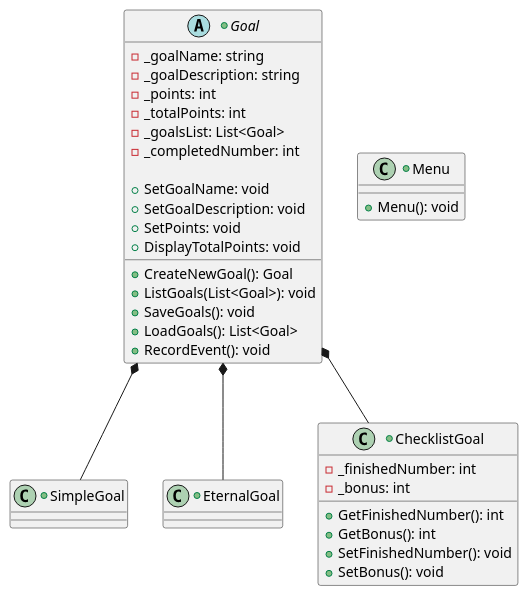
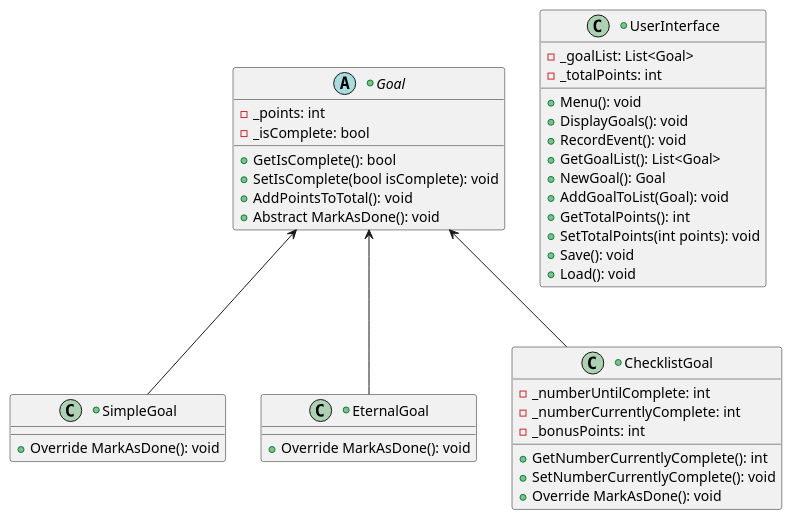
Before and after one commit to MaggieB3000/cse210-projects-2026: the diagram in prove/Develop05/plantuml.plantuml, drawn with PlantUML. The commit also changed 4 other files, not shown here.

```diff
--- a/prove/Develop05/plantuml.plantuml
+++ b/prove/Develop05/plantuml.plantuml
@@ -1,55 +1,57 @@
 @startuml
 
-Goal *-- SimpleGoal
-Goal *-- EternalGoal
-Goal *-- ChecklistGoal
+Goal <-- SimpleGoal
+Goal <-- EternalGoal
+Goal <-- ChecklistGoal
 
 
-+class Menu
++class UserInterface
 {
+-_goalList: List<Goal>
+-_totalPoints: int
+
 +Menu(): void
++DisplayGoals(): void
++RecordEvent(): void
++GetGoalList(): List<Goal>
++NewGoal(): Goal
++AddGoalToList(Goal): void
++GetTotalPoints(): int
++SetTotalPoints(int points): void
++Save(): void
++Load(): void
 }
 
-+abstract class Goal
++abstract Goal
 {
--_goalName: string
--_goalDescription: string
 -_points: int
--_totalPoints: int
--_goalsList: List<Goal>
--_completedNumber: int
+-_isComplete: bool
 
-+CreateNewGoal(): Goal
-+ListGoals(List<Goal>): void
-+SaveGoals(): void
-+LoadGoals(): List<Goal>
-+RecordEvent(): void
-+SetGoalName: void
-+SetGoalDescription: void
-+SetPoints: void
-+DisplayTotalPoints: void
++GetIsComplete(): bool
++SetIsComplete(bool isComplete): void
++AddPointsToTotal(): void
++Abstract MarkAsDone(): void
 }
 
 +class SimpleGoal
 {
-
++Override MarkAsDone(): void
 }
 
 +class EternalGoal
 {
-
++Override MarkAsDone(): void
 }
 
 +class ChecklistGoal
 {
--_finishedNumber: int
--_bonus: int
+-_numberUntilComplete: int
+-_numberCurrentlyComplete: int
+-_bonusPoints: int
 
-+GetFinishedNumber(): int
-+GetBonus(): int
-+SetFinishedNumber(): void
-+SetBonus(): void
-
++GetNumberCurrentlyComplete(): int
++SetNumberCurrentlyComplete(): void
++Override MarkAsDone(): void
 }
 
 @enduml
```
